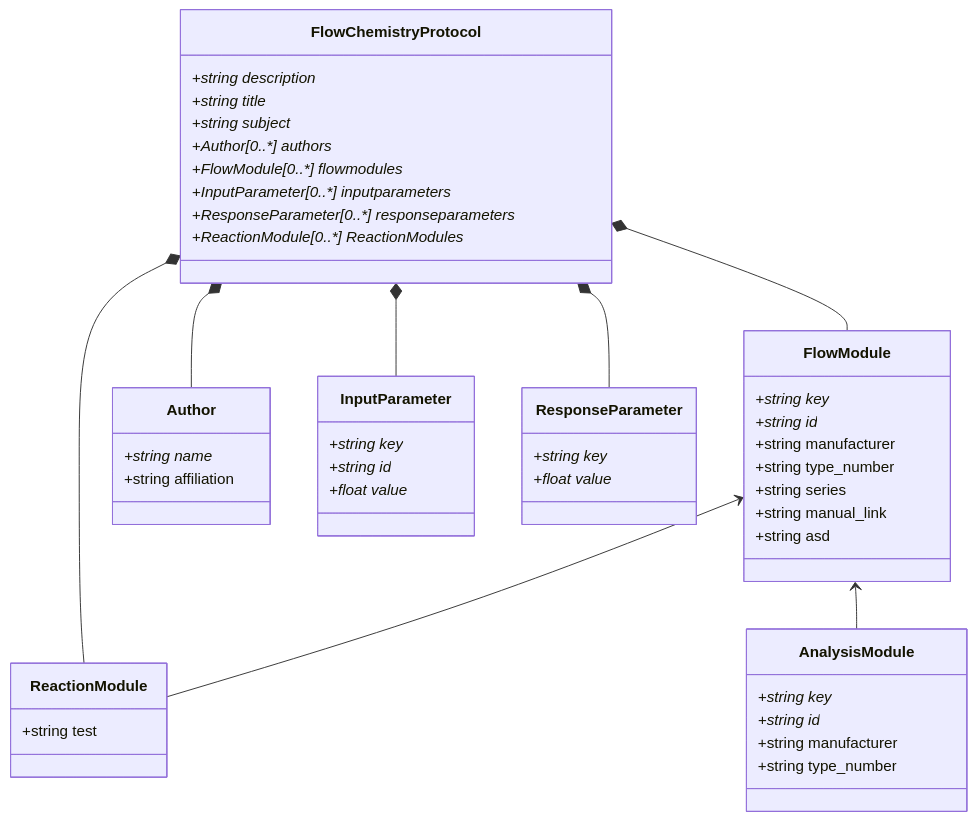
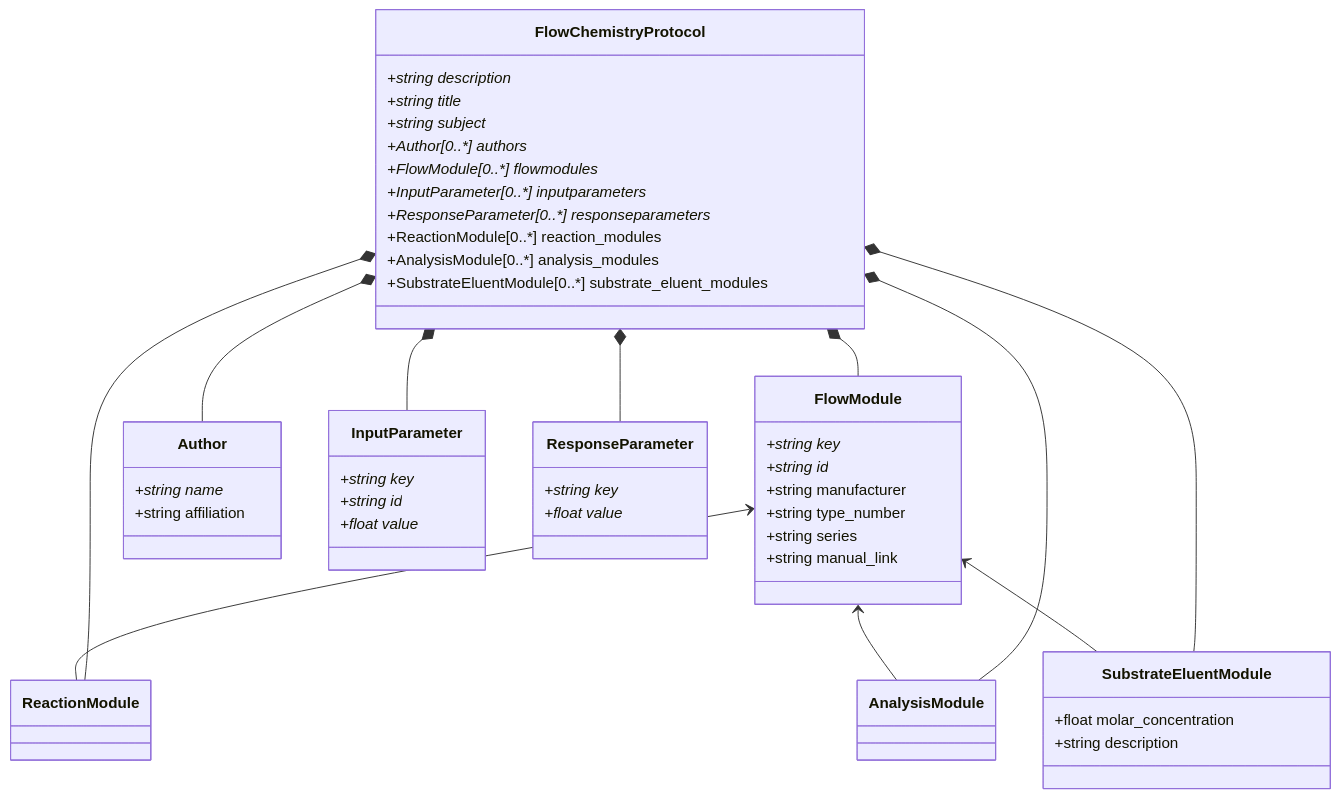
Before and after one commit to C-Kessler/sdrdm-flowchem-B2: the diagram in pyDataset/schemes/Dataset.md, drawn with Mermaid. The commit also changed 3 other files, not shown here.

````diff
--- a/pyDataset/schemes/Dataset.md
+++ b/pyDataset/schemes/Dataset.md
@@ -1,59 +1,63 @@
 ```mermaid
 classDiagram
     FlowModule <-- ReactionModule
     FlowModule <-- AnalysisModule
+    FlowModule <-- SubstrateEluentModule
     FlowChemistryProtocol *-- Author
     FlowChemistryProtocol *-- FlowModule
     FlowChemistryProtocol *-- InputParameter
     FlowChemistryProtocol *-- ResponseParameter
     FlowChemistryProtocol *-- ReactionModule
+    FlowChemistryProtocol *-- AnalysisModule
+    FlowChemistryProtocol *-- SubstrateEluentModule
     
     class FlowChemistryProtocol {
         +string description*
         +string title*
         +string subject*
         +Author[0..*] authors*
         +FlowModule[0..*] flowmodules*
         +InputParameter[0..*] inputparameters*
         +ResponseParameter[0..*] responseparameters*
-        +ReactionModule[0..*] ReactionModules*
+        +ReactionModule[0..*] reaction_modules
+        +AnalysisModule[0..*] analysis_modules
+        +SubstrateEluentModule[0..*] substrate_eluent_modules
     }
     
     class Author {
         +string name*
         +string affiliation
     }
     
     class FlowModule {
         +string key*
         +string id*
         +string manufacturer
         +string type_number
         +string series
         +string manual_link
-        +string asd
     }
     
     class ReactionModule {
-        +string test
     }
     
     class AnalysisModule {
-        +string key*
-        +string id*
-        +string manufacturer
-        +string type_number
+    }
+    
+    class SubstrateEluentModule {
+        +float molar_concentration
+        +string description
     }
     
     class InputParameter {
         +string key*
         +string id*
         +float value*
     }
     
     class ResponseParameter {
         +string key*
         +float value*
     }
     
 ```
````
